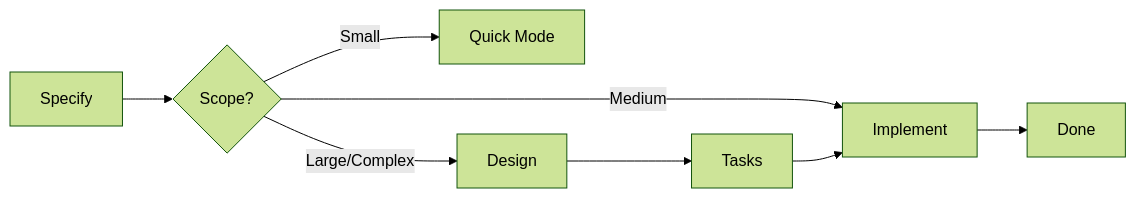
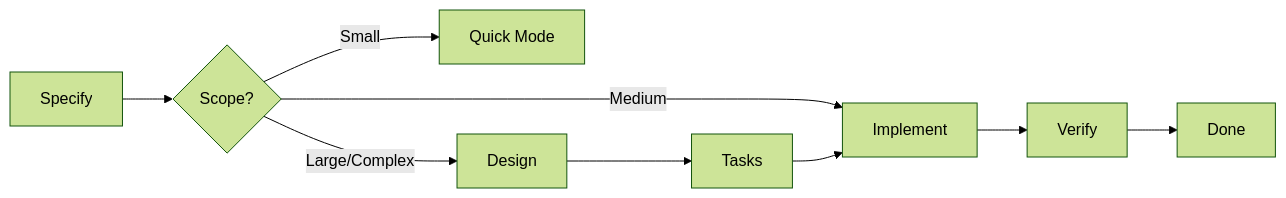
Before and after one commit to adeonir/agent-skills: the diagram in skills/(development)/spec-driven/README.md, drawn with Mermaid (forest theme). The commit also changed other lines of this file and 5 other files, not shown here.

````diff
--- a/skills/(development)/spec-driven/README.md
+++ b/skills/(development)/spec-driven/README.md
@@ -15,10 +15,11 @@
 ```mermaid
 flowchart LR
     A[Specify] --> B{Scope?}
     B -->|Small| C[Quick Mode]
     B -->|Medium| F[Implement]
     B -->|Large/Complex| D[Design]
     D --> E[Tasks]
     E --> F
-    F --> G[Done]
+    F --> V[Verify]
+    V --> G[Done]
 ```
````
